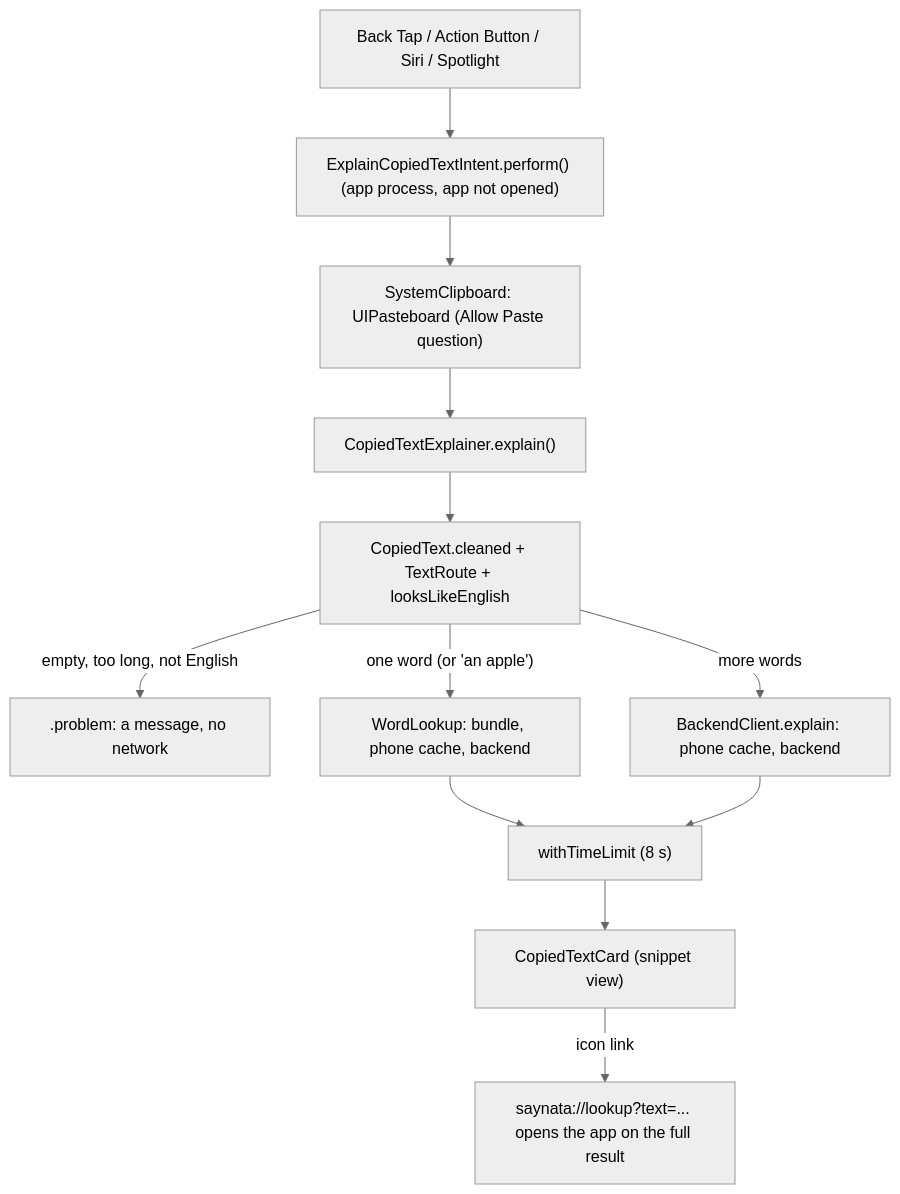
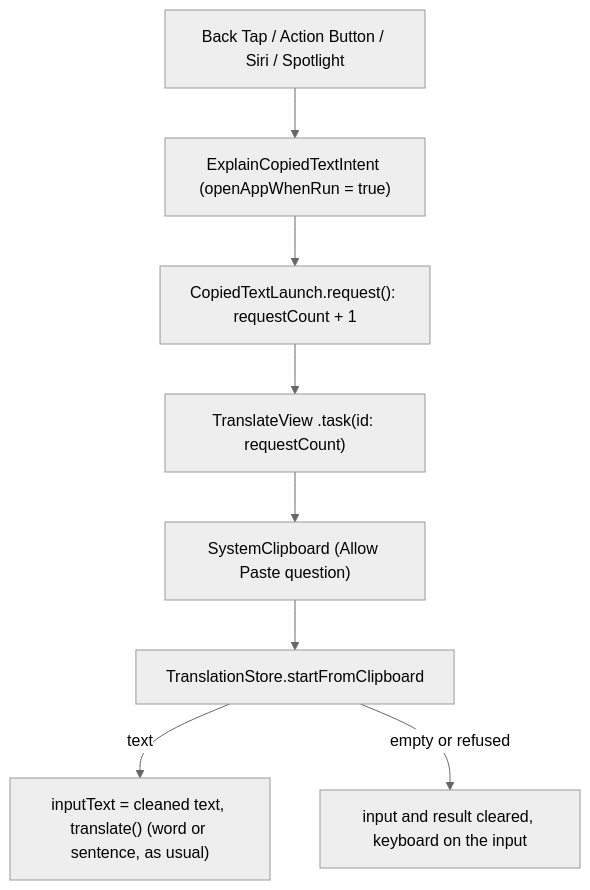
The diagram in backlog/docs/features/doc-21 - Explain-copied-text.md (tranphuocloc070699/saynata), drawn with Mermaid (neutral theme) before and after one commit. The commit also changed other lines of this file and 15 other files, not shown here.

First line of the commit message:
TASK-87: Back Tap opens Saynata on the copied text instead of a Shortcuts card

````diff
--- a/backlog/docs/features/doc-21 - Explain-copied-text.md
+++ b/backlog/docs/features/doc-21 - Explain-copied-text.md
@@ -21,14 +25,10 @@
 ```mermaid
 flowchart TD
-    TRIGGER["Back Tap / Action Button / Siri / Spotlight"] --> INTENT["ExplainCopiedTextIntent.perform() (app process, app not opened)"]
-    INTENT --> CLIP["SystemClipboard: UIPasteboard (Allow Paste question)"]
-    CLIP --> EXPL["CopiedTextExplainer.explain()"]
-    EXPL --> CLEAN["CopiedText.cleaned + TextRoute + looksLikeEnglish"]
-    CLEAN -- "empty, too long, not English" --> PROBLEM[".problem: a message, no network"]
-    CLEAN -- "one word (or 'an apple')" --> WORD["WordLookup: bundle, phone cache, backend"]
-    CLEAN -- "more words" --> SENT["BackendClient.explain: phone cache, backend"]
-    WORD --> RACE["withTimeLimit (8 s)"]
-    SENT --> RACE
-    RACE --> CARD["CopiedTextCard (snippet view)"]
-    CARD -- "icon link" --> APP["saynata://lookup?text=... opens the app on the full result"]
+    TRIGGER["Back Tap / Action Button / Siri / Spotlight"] --> INTENT["ExplainCopiedTextIntent (openAppWhenRun = true)"]
+    INTENT --> LAUNCH["CopiedTextLaunch.request(): requestCount + 1"]
+    LAUNCH --> VIEW["TranslateView .task(id: requestCount)"]
+    VIEW --> CLIP["SystemClipboard (Allow Paste question)"]
+    CLIP --> STORE["TranslationStore.startFromClipboard"]
+    STORE -- "text" --> PASTE["inputText = cleaned text, translate() (word or sentence, as usual)"]
+    STORE -- "empty or refused" --> BLANK["input and result cleared, keyboard on the input"]
 ```
````
